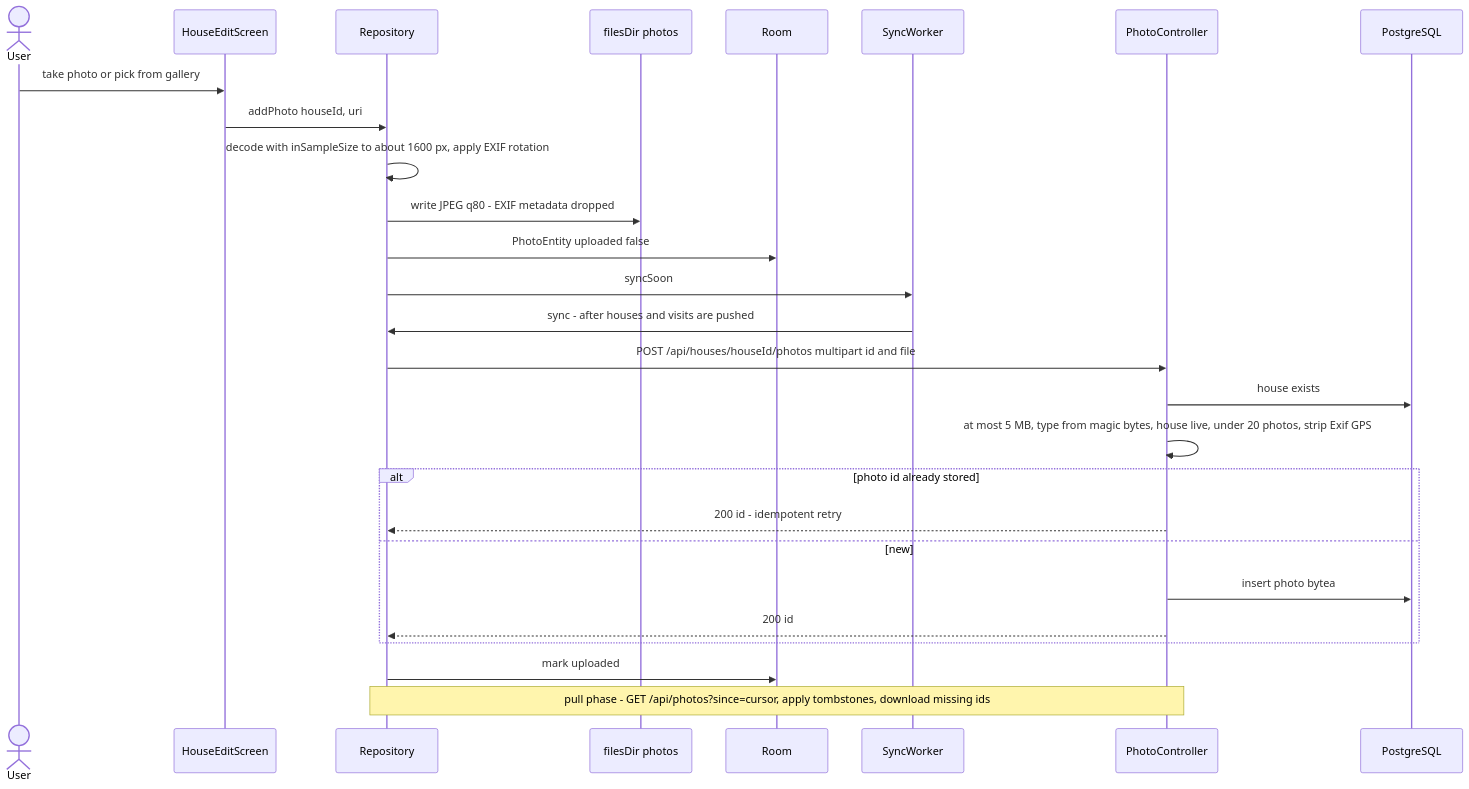
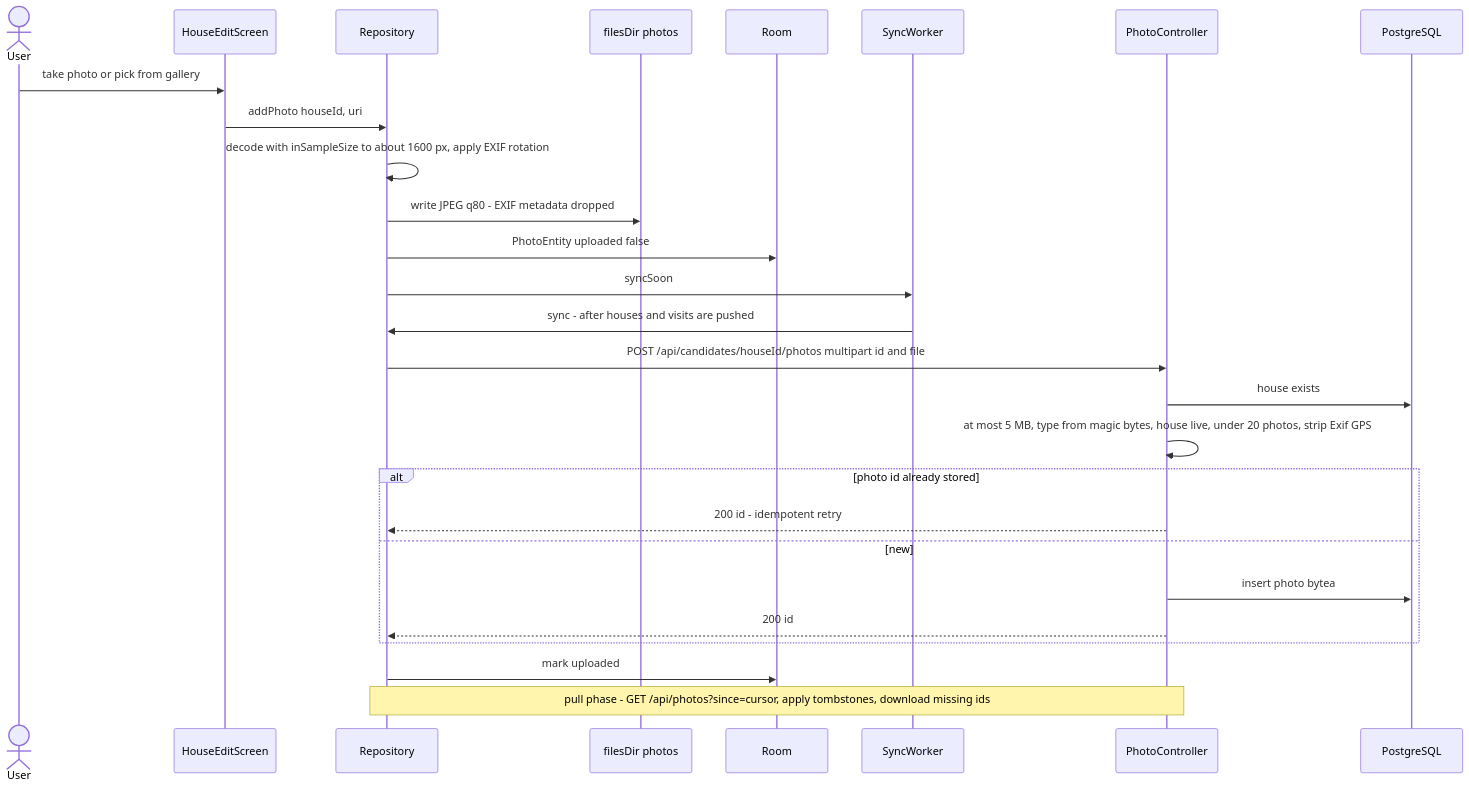
Before and after one commit to Sriram-Codes-SW/doorprints: diagram 13 of 19 in docs/03-design.md, drawn with Mermaid. The commit also changed other lines of this file and 68 other files, not shown here.

````diff
--- a/docs/03-design.md
+++ b/docs/03-design.md
@@ -949,29 +950,29 @@
 ```mermaid
 sequenceDiagram
     actor U as User
     participant UI as HouseEditScreen
     participant R as Repository
     participant FS as filesDir photos
     participant DB as Room
     participant SW as SyncWorker
     participant API as PhotoController
     participant PG as PostgreSQL
     U->>UI: take photo or pick from gallery
     UI->>R: addPhoto houseId, uri
     R->>R: decode with inSampleSize to about 1600 px, apply EXIF rotation
     R->>FS: write JPEG q80 - EXIF metadata dropped
     R->>DB: PhotoEntity uploaded false
     R->>SW: syncSoon
     SW->>R: sync - after houses and visits are pushed
-    R->>API: POST /api/houses/houseId/photos multipart id and file
+    R->>API: POST /api/candidates/houseId/photos multipart id and file
     API->>PG: house exists
     API->>API: at most 5 MB, type from magic bytes, house live, under 20 photos, strip Exif GPS
     alt photo id already stored
         API-->>R: 200 id - idempotent retry
     else new
         API->>PG: insert photo bytea
         API-->>R: 200 id
     end
     R->>DB: mark uploaded
     Note over R,API: pull phase - GET /api/photos?since=cursor, apply tombstones, download missing ids
 ```
````
